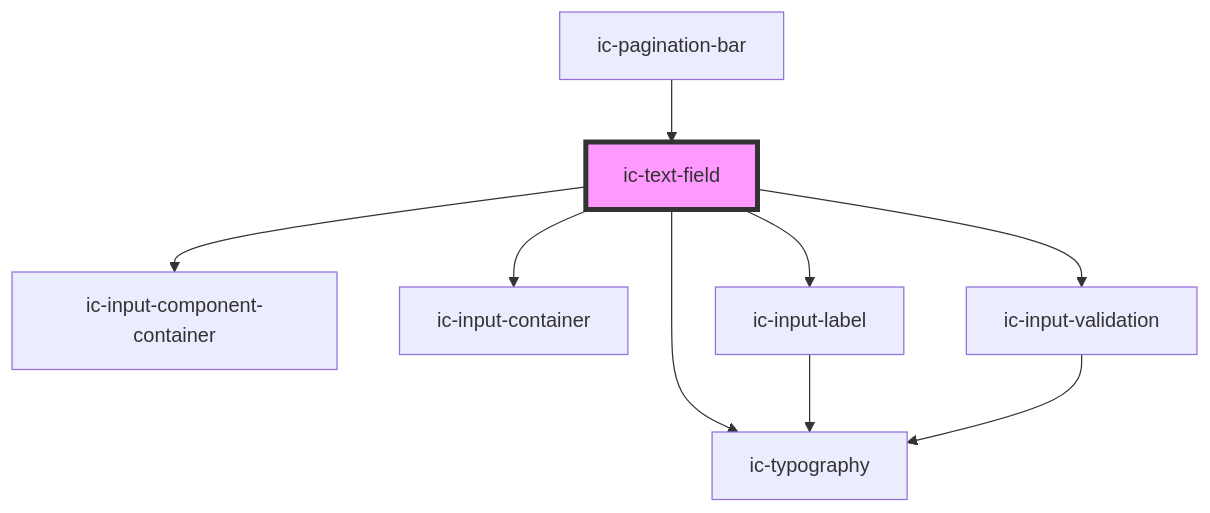
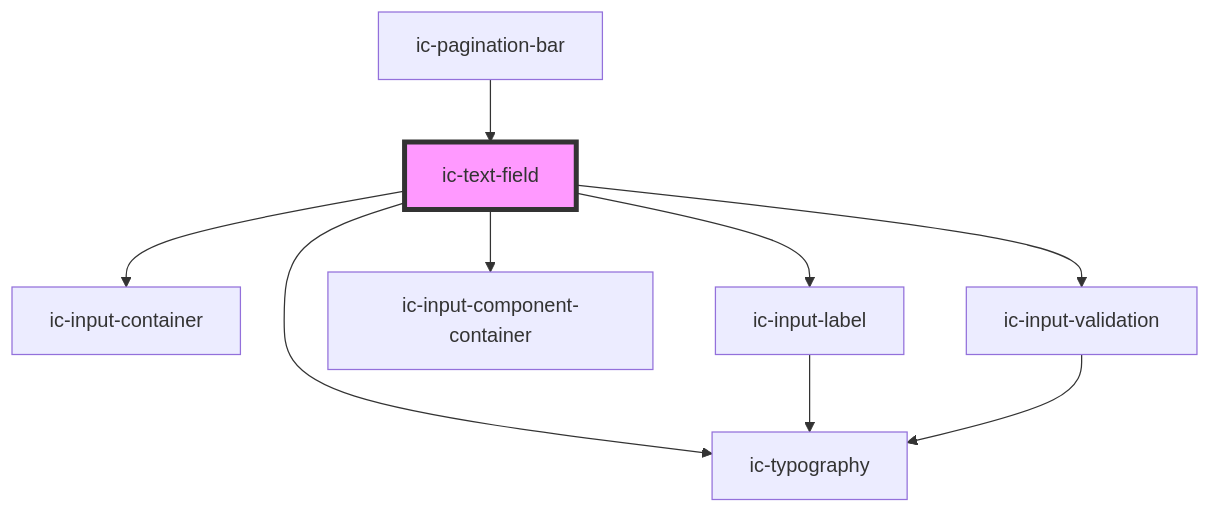
One commit to mi6/ic-ui-kit changed the diagram in packages/web-components/src/components/ic-text-field/readme.md. Above: the diagram before and after it, drawn with Mermaid. The commit also changed other lines of this file and 134 other files, not shown here.

````diff
--- a/packages/web-components/src/components/ic-text-field/readme.md
+++ b/packages/web-components/src/components/ic-text-field/readme.md
@@ -108,12 +106,12 @@
 ```mermaid
 graph TD;
-  ic-text-field --> ic-input-component-container
   ic-text-field --> ic-input-container
   ic-text-field --> ic-input-label
+  ic-text-field --> ic-input-component-container
   ic-text-field --> ic-input-validation
   ic-text-field --> ic-typography
-  ic-pagination-bar --> ic-text-field
   ic-input-label --> ic-typography
   ic-input-validation --> ic-typography
+  ic-pagination-bar --> ic-text-field
   style ic-text-field fill:#f9f,stroke:#333,stroke-width:4px
 ```
````
